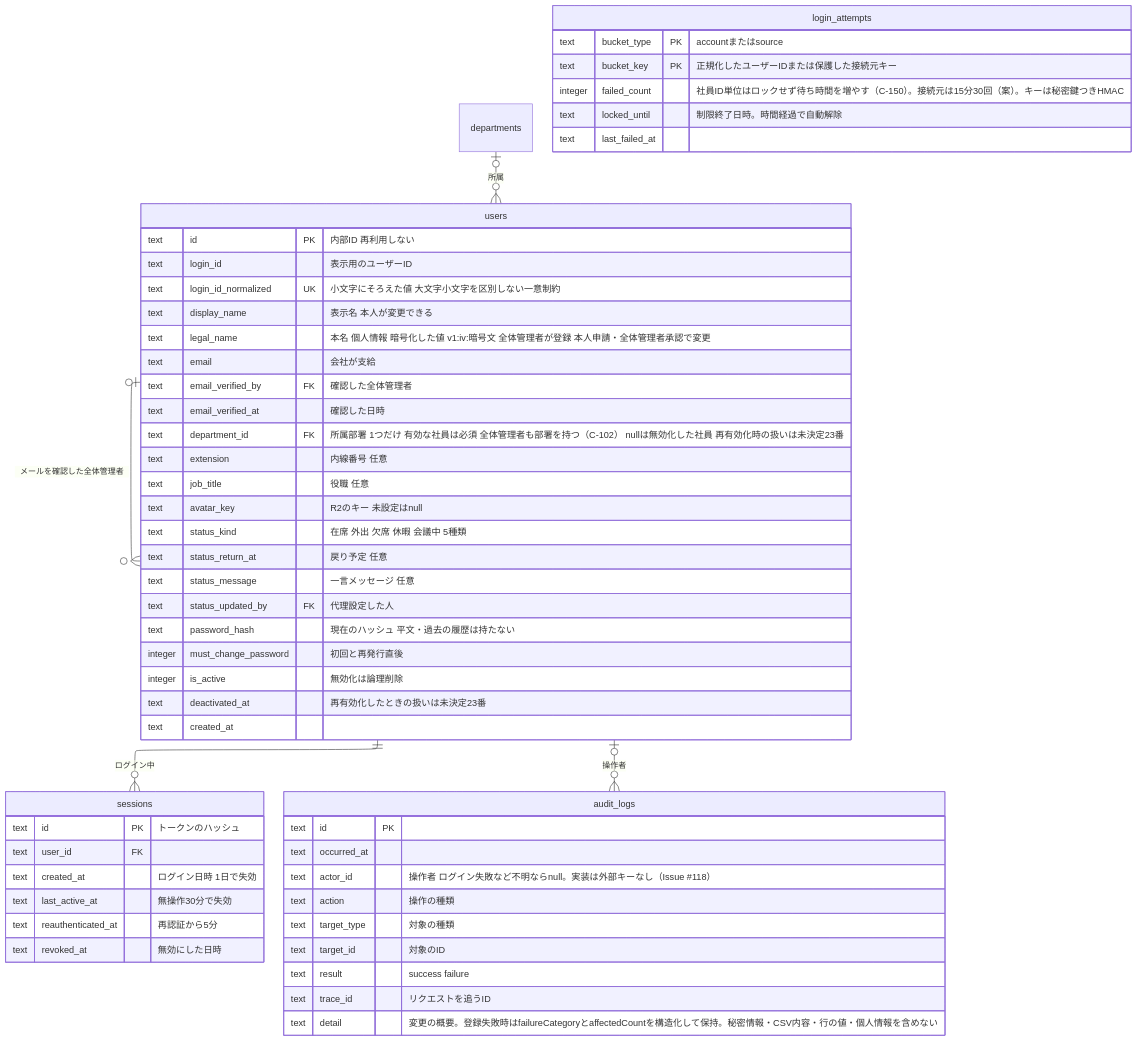
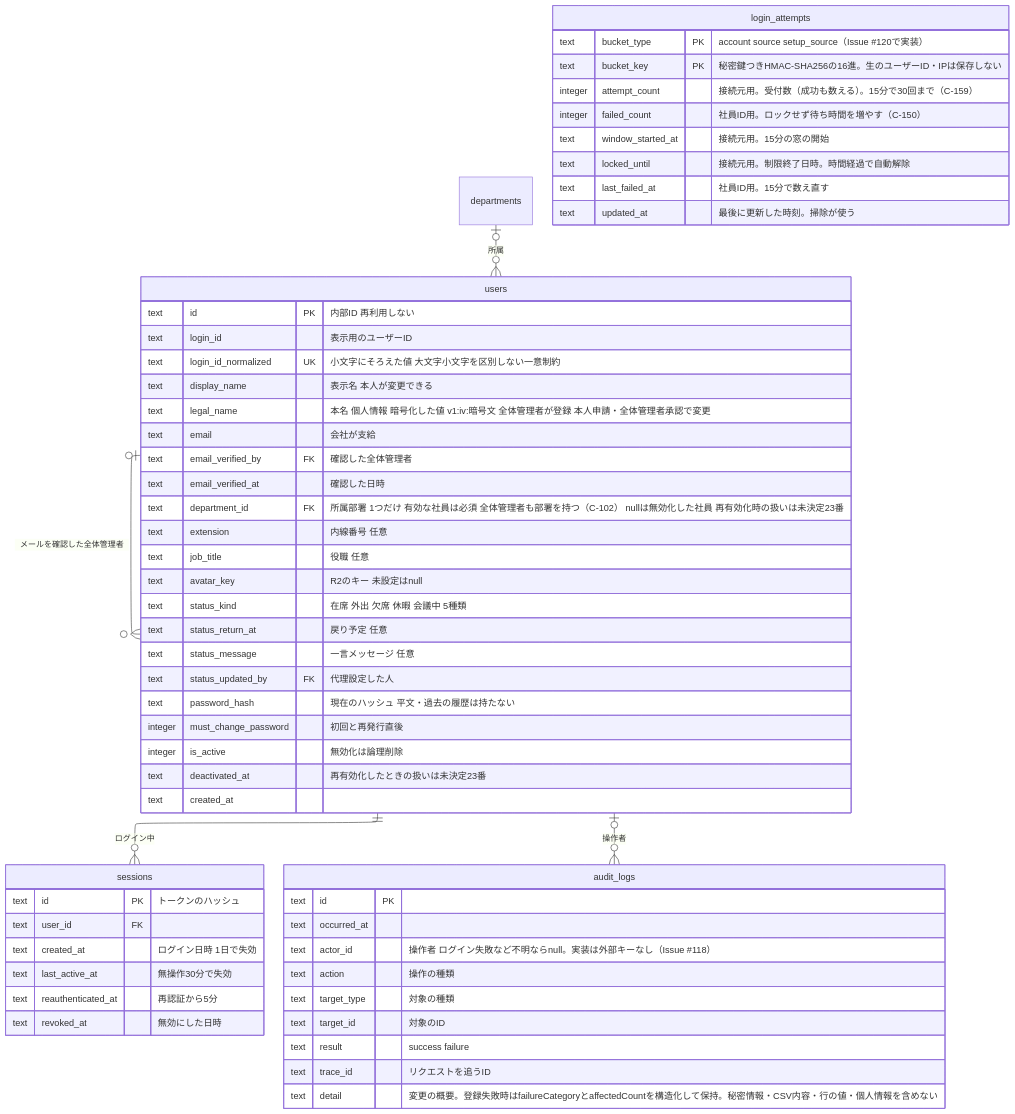
One commit to yamamotonaoki3/internal-system changed the fifth of 8 diagrams in docs/requirements/data-model.md. Above: the diagram before and after it, drawn with Mermaid. The commit also changed other lines of this file and 108 other files, not shown here.

````diff
--- a/docs/requirements/data-model.md
+++ b/docs/requirements/data-model.md
@@ -168,61 +168,64 @@
 ```mermaid
 ---
 config:
   layout: elk
 ---
 erDiagram
     departments |o--o{ users : "所属"
     users ||--o{ sessions : "ログイン中"
     users |o--o{ audit_logs : "操作者"
     users |o--o{ users : "メールを確認した全体管理者"
 
     users {
         text id PK "内部ID 再利用しない"
         text login_id "表示用のユーザーID"
         text login_id_normalized UK "小文字にそろえた値 大文字小文字を区別しない一意制約"
         text display_name "表示名 本人が変更できる"
         text legal_name "本名 個人情報 暗号化した値 v1:iv:暗号文 全体管理者が登録 本人申請・全体管理者承認で変更"
         text email "会社が支給"
         text email_verified_by FK "確認した全体管理者"
         text email_verified_at "確認した日時"
         text department_id FK "所属部署 1つだけ 有効な社員は必須 全体管理者も部署を持つ（C-102） nullは無効化した社員 再有効化時の扱いは未決定23番"
         text extension "内線番号 任意"
         text job_title "役職 任意"
         text avatar_key "R2のキー 未設定はnull"
         text status_kind "在席 外出 欠席 休暇 会議中 5種類"
         text status_return_at "戻り予定 任意"
         text status_message "一言メッセージ 任意"
         text status_updated_by FK "代理設定した人"
         text password_hash "現在のハッシュ 平文・過去の履歴は持たない"
         integer must_change_password "初回と再発行直後"
         integer is_active "無効化は論理削除"
         text deactivated_at "再有効化したときの扱いは未決定23番"
         text created_at
     }
     sessions {
         text id PK "トークンのハッシュ"
         text user_id FK
         text created_at "ログイン日時 1日で失効"
         text last_active_at "無操作30分で失効"
         text reauthenticated_at "再認証から5分"
         text revoked_at "無効にした日時"
     }
     login_attempts {
-        text bucket_type PK "accountまたはsource"
-        text bucket_key PK "正規化したユーザーIDまたは保護した接続元キー"
-        integer failed_count "社員ID単位はロックせず待ち時間を増やす（C-150）。接続元は15分30回（案）。キーは秘密鍵つきHMAC"
-        text locked_until "制限終了日時。時間経過で自動解除"
-        text last_failed_at
+        text bucket_type PK "account source setup_source（Issue #120で実装）"
+        text bucket_key PK "秘密鍵つきHMAC-SHA256の16進。生のユーザーID・IPは保存しない"
+        integer attempt_count "接続元用。受付数（成功も数える）。15分で30回まで（C-159）"
+        integer failed_count "社員ID用。ロックせず待ち時間を増やす（C-150）"
+        text window_started_at "接続元用。15分の窓の開始"
+        text locked_until "接続元用。制限終了日時。時間経過で自動解除"
+        text last_failed_at "社員ID用。15分で数え直す"
+        text updated_at "最後に更新した時刻。掃除が使う"
     }
     audit_logs {
         text id PK
         text occurred_at
         text actor_id "操作者 ログイン失敗など不明ならnull。実装は外部キーなし（Issue #118）"
         text action "操作の種類"
         text target_type "対象の種類"
         text target_id "対象のID"
         text result "success failure"
         text trace_id "リクエストを追うID"
         text detail "変更の概要。登録失敗時はfailureCategoryとaffectedCountを構造化して保持。秘密情報・CSV内容・行の値・個人情報を含めない"
     }
 ```
````
